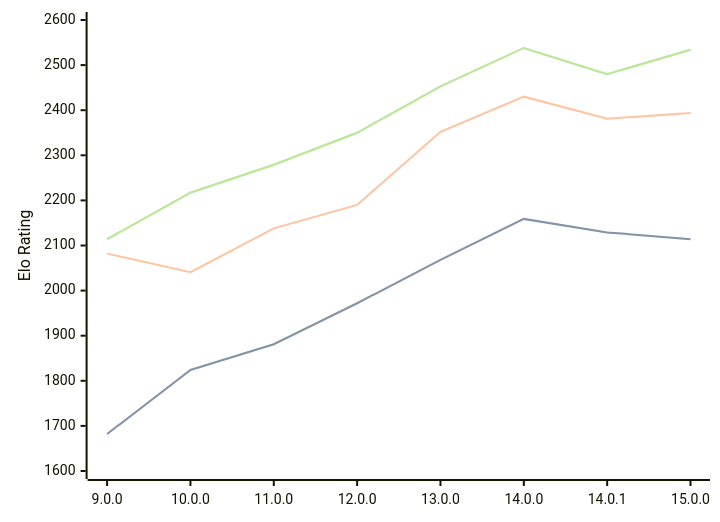
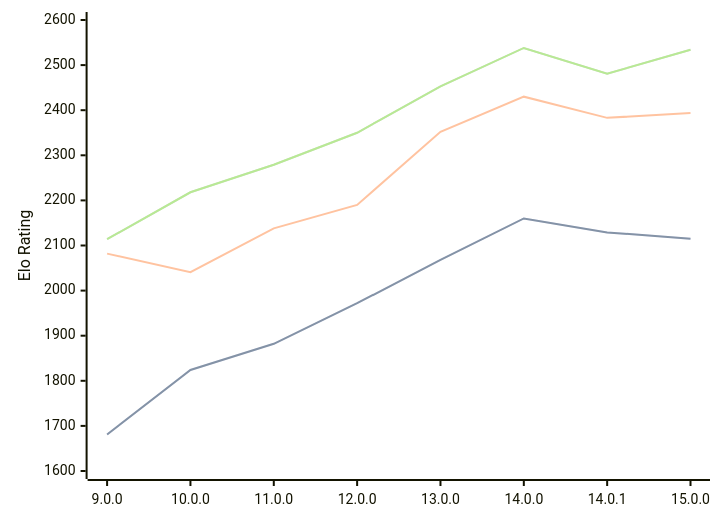
The diagram in engines/Cepimetheus.md (computer-chess-index/cci), drawn with Mermaid before and after one commit. The commit also changed other lines of this file, not shown here.

Commit message:
Update CCI Ratings (ELO VLTC) - 2026-08-23

````diff
--- a/engines/Cepimetheus.md
+++ b/engines/Cepimetheus.md
@@ -66,11 +66,11 @@
 ```mermaid
 %%{init: {"theme":"base","themeVariables":{"seriesColors:['#a3a3a3','#222221','#faa371']}}}%%
 xychart-beta
   x-axis ["9.0.0", "10.0.0", "11.0.0", "12.0.0", "13.0.0", "14.0.0", "14.0.1", "15.0.0"]
   y-axis "Elo Rating" 1600 --> 2600
-  line "STC (8.0+0.08s)" [1682, 1824, 1881, 1972, 2068, 2159, 2129, 2114]
-  line "STC (8.0+0.08s)" [1682, 1824, 1881, 1972, 2068, 2159, 2129, 2114]
-  line "LTC (60.0+0.60s)" [2082, 2041, 2138, 2190, 2352, 2430, 2381, 2394]
-  line "VLTC (2m24s+1.12s)" [2114, 2217, 2279, 2350, 2453, 2538, 2480, 2534]
-  line "VLTC (2m24s+1.12s)" [2114, 2217, 2279, 2350, 2453, 2538, 2480, 2534]
+  line "STC (8.0+0.08s)" [1681, 1824, 1882, 1972, 2068, 2160, 2129, 2115]
+  line "STC (8.0+0.08s)" [1681, 1824, 1882, 1972, 2068, 2160, 2129, 2115]
+  line "LTC (60.0+0.60s)" [2082, 2041, 2138, 2190, 2352, 2430, 2383, 2394]
+  line "VLTC (2m24s+1.12s)" [2114, 2218, 2279, 2350, 2453, 2538, 2481, 2534]
+  line "VLTC (2m24s+1.12s)" [2114, 2218, 2279, 2350, 2453, 2538, 2481, 2534]
 ```
````
